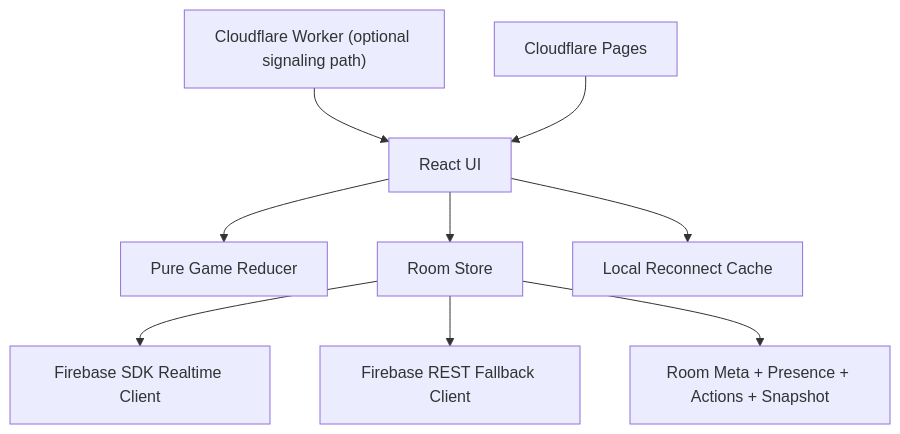
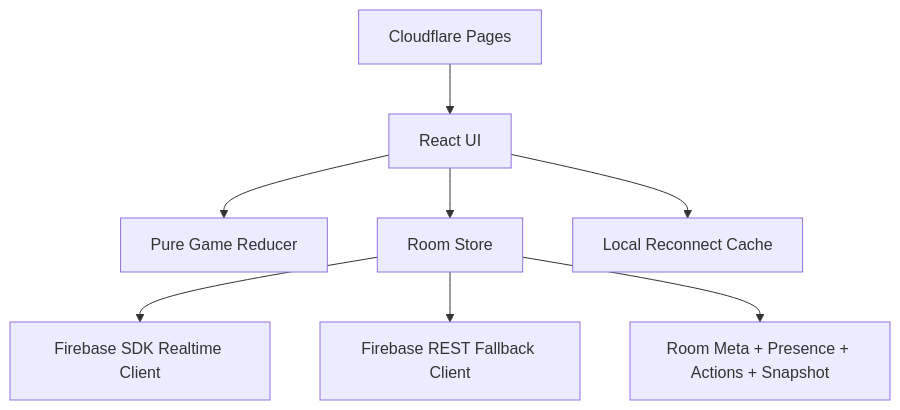
Before and after one commit to malignantz/ofc-gpt: the diagram in README.md, drawn with Mermaid. The commit also changed other lines of this file and 14 other files, not shown here.

Commit message:
Remove dead Cloudflare worker and P2P networking stack

````diff
--- a/README.md
+++ b/README.md
@@ -46,11 +45,10 @@
 ```mermaid
 graph TD
   UI["React UI"] --> REDUCER["Pure Game Reducer"]
   UI --> STORE["Room Store"]
   STORE --> SDK["Firebase SDK Realtime Client"]
   STORE --> REST["Firebase REST Fallback Client"]
   STORE --> RTDB["Room Meta + Presence + Actions + Snapshot"]
   UI --> CACHE["Local Reconnect Cache"]
-  WORKER["Cloudflare Worker (optional signaling path)"] --> UI
   PAGES["Cloudflare Pages"] --> UI
 ```
````
